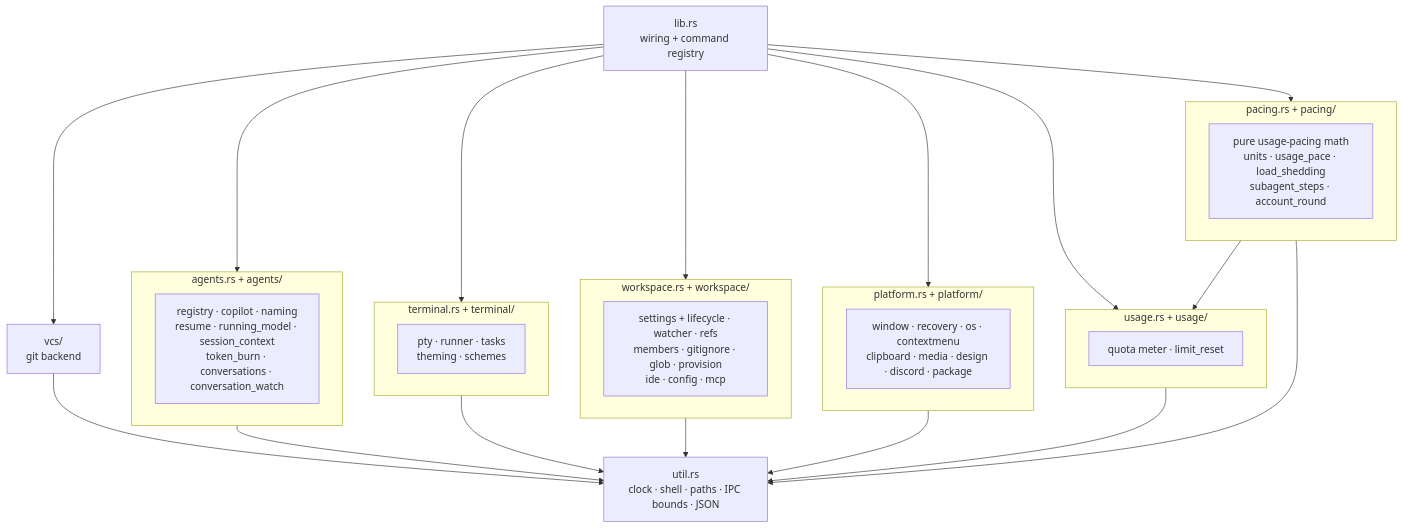
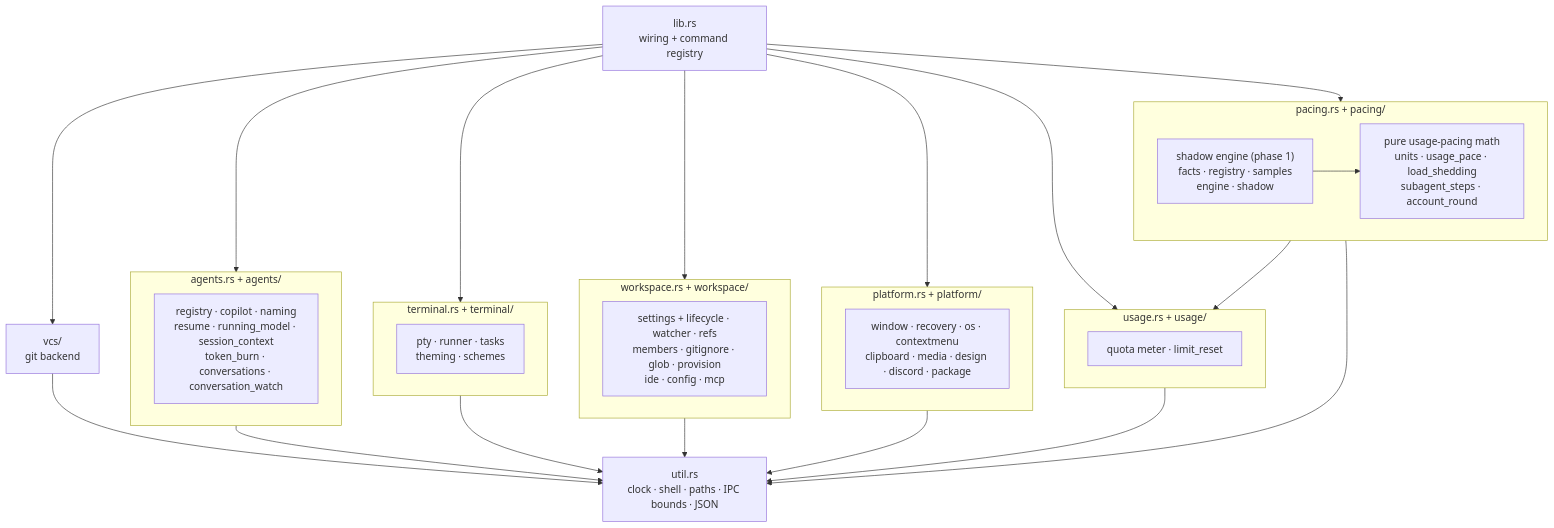
Before and after one commit to avi12/pade: diagram 14 of 15 in ARCHITECTURE.md, drawn with Mermaid. The commit also changed other lines of this file and 1 other file, not shown here.

Commit message:
docs: map the pacing engine's modules and note its shadow phase

````diff
--- a/ARCHITECTURE.md
+++ b/ARCHITECTURE.md
@@ -1265,27 +1265,29 @@
 ```mermaid
 flowchart TB
   Lib["lib.rs<br/>wiring + command registry"]
   subgraph Agents["agents.rs + agents/"]
     A1["registry · copilot · naming<br/>resume · running_model · session_context<br/>token_burn · conversations · conversation_watch"]
   end
   subgraph Terminal["terminal.rs + terminal/"]
     T1["pty · runner · tasks<br/>theming · schemes"]
   end
   subgraph Workspace["workspace.rs + workspace/"]
     W1["settings + lifecycle · watcher · refs<br/>members · gitignore · glob · provision<br/>ide · config · mcp"]
   end
   subgraph Platform["platform.rs + platform/"]
     P1["window · recovery · os · contextmenu<br/>clipboard · media · design · discord · package"]
   end
   subgraph Usage["usage.rs + usage/"]
     U1["quota meter · limit_reset"]
   end
   subgraph Pacing["pacing.rs + pacing/"]
     Pc1["pure usage-pacing math<br/>units · usage_pace · load_shedding<br/>subagent_steps · account_round"]
+    Pc2["shadow engine (phase 1)<br/>facts · registry · samples<br/>engine · shadow"]
+    Pc2 --> Pc1
   end
   Vcs["vcs/<br/>git backend"]
   Util["util.rs<br/>clock · shell · paths · IPC bounds · JSON"]
   Lib --> Agents & Terminal & Workspace & Platform & Usage & Pacing & Vcs
   Pacing --> Usage
   Agents & Terminal & Workspace & Platform & Usage & Pacing & Vcs --> Util
 ```
````
